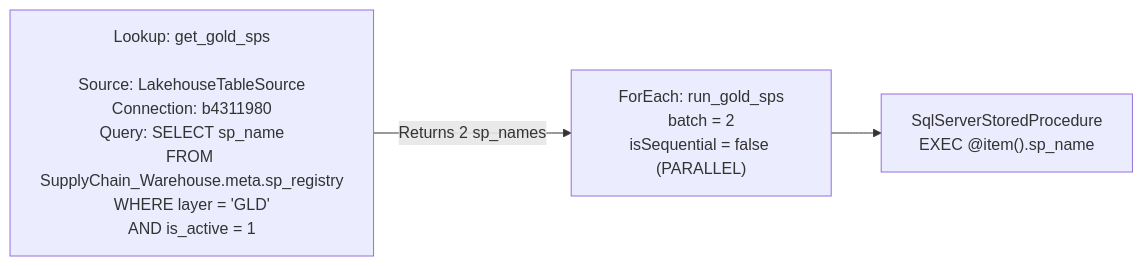
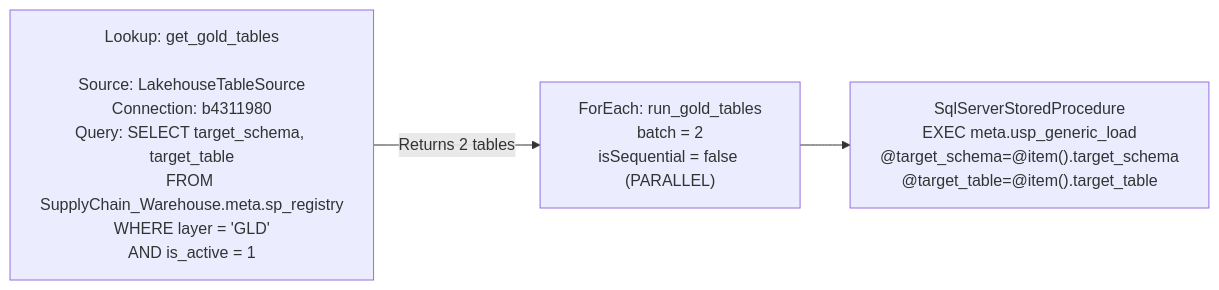
Before and after one commit to ankinguyen-engineer-2002/Fabric-v9-Warehouse-Medallion: the sixth of 11 diagrams in Fabric_Architect/v9_architecture_supplychain.md, drawn with Mermaid. The commit also changed other lines of this file and 7 other files, not shown here.

First line of the commit message:
Generic SP migration: 28 per-table SPs → 1 meta.usp_generic_load

````diff
--- a/Fabric_Architect/v9_architecture_supplychain.md
+++ b/Fabric_Architect/v9_architecture_supplychain.md
@@ -296,11 +272,11 @@
 ```mermaid
 flowchart LR
-    L["Lookup: get_gold_sps\n\nSource: LakehouseTableSource\nConnection: b4311980\nQuery: SELECT sp_name\nFROM SupplyChain_Warehouse.meta.sp_registry\nWHERE layer = 'GLD'\nAND is_active = 1"]
+    L["Lookup: get_gold_tables\n\nSource: LakehouseTableSource\nConnection: b4311980\nQuery: SELECT target_schema, target_table\nFROM SupplyChain_Warehouse.meta.sp_registry\nWHERE layer = 'GLD'\nAND is_active = 1"]
 
-    F["ForEach: run_gold_sps\nbatch = 2\nisSequential = false (PARALLEL)"]
+    F["ForEach: run_gold_tables\nbatch = 2\nisSequential = false (PARALLEL)"]
 
-    SP["SqlServerStoredProcedure\nEXEC @item().sp_name"]
+    SP["SqlServerStoredProcedure\nEXEC meta.usp_generic_load\n@target_schema=@item().target_schema\n@target_table=@item().target_table"]
 
-    L -->|"Returns 2 sp_names"| F
+    L -->|"Returns 2 tables"| F
     F --> SP
 ```
````
